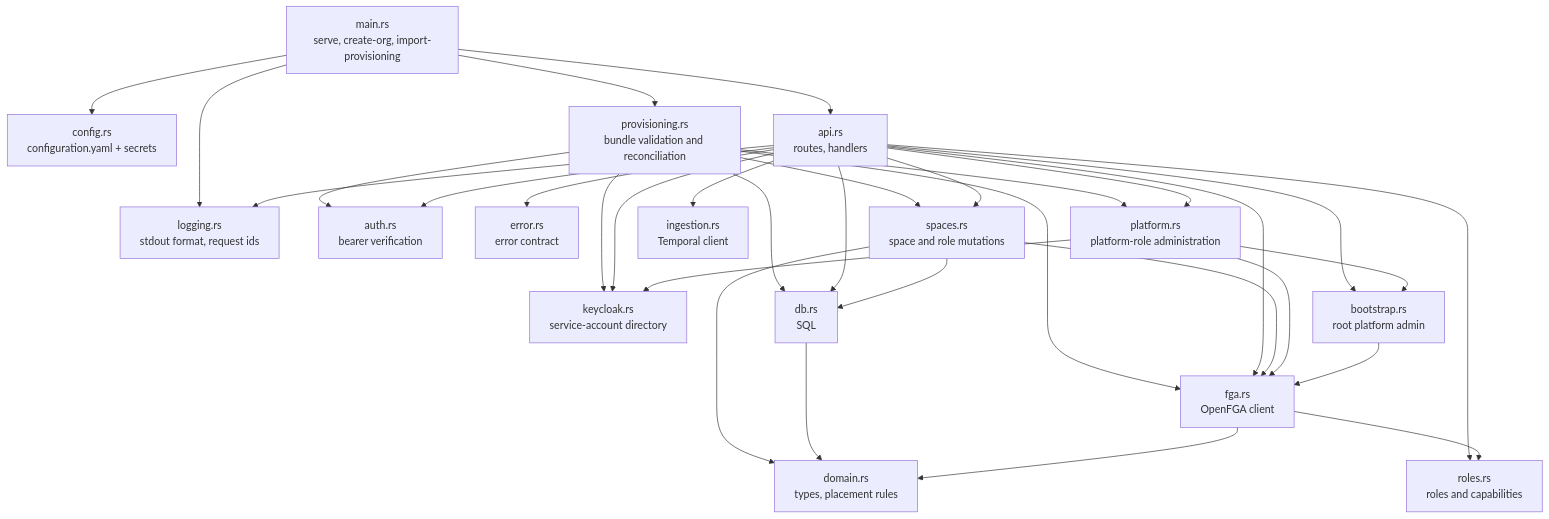
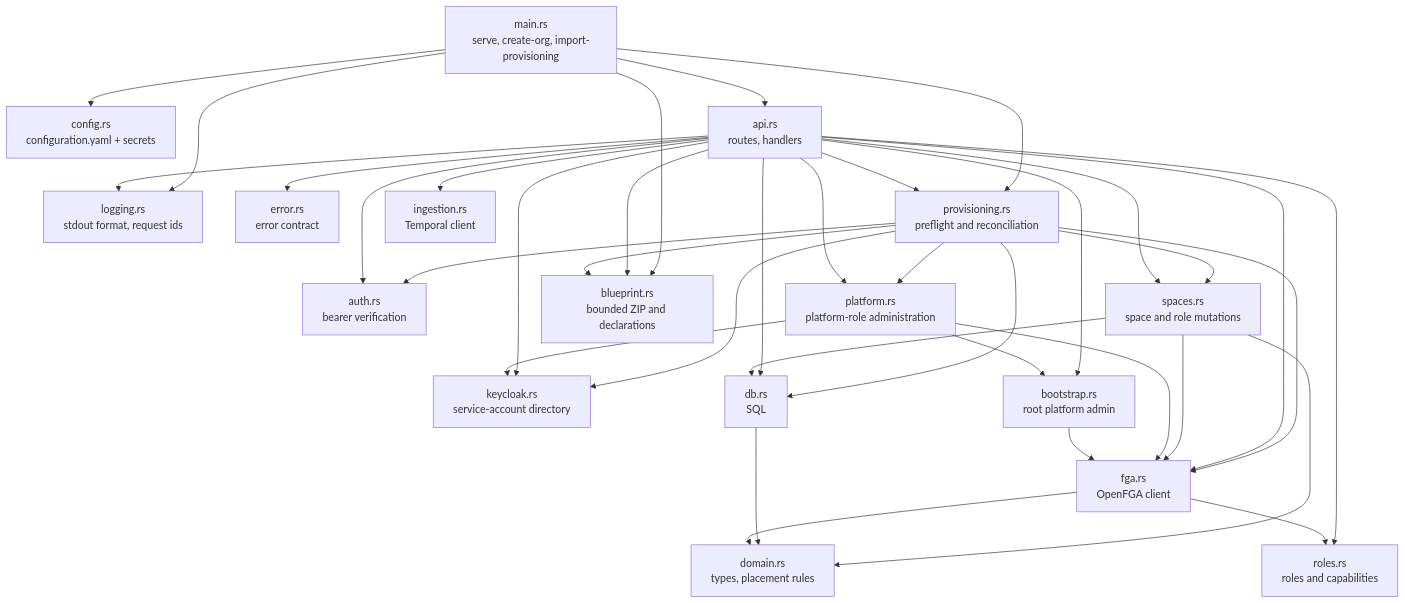
One commit to ThalesGroup/fred changed the diagram in docs/architecture/03-building-blocks.md. Above: the diagram before and after it, drawn with Mermaid. The commit also changed other lines of this file and 30 other files, not shown here.

````diff
--- a/docs/architecture/03-building-blocks.md
+++ b/docs/architecture/03-building-blocks.md
@@ -8,30 +8,33 @@
 ```mermaid
 flowchart TB
     main["main.rs<br/>serve, create-org, import-provisioning"]
     config["config.rs<br/>configuration.yaml + secrets"]
     logging["logging.rs<br/>stdout format, request ids"]
     api["api.rs<br/>routes, handlers"]
     auth["auth.rs<br/>bearer verification"]
     error["error.rs<br/>error contract"]
     spaces["spaces.rs<br/>space and role mutations"]
-    provisioning["provisioning.rs<br/>bundle validation and reconciliation"]
+    provisioning["provisioning.rs<br/>preflight and reconciliation"]
+    blueprint["blueprint.rs<br/>bounded ZIP and declarations"]
     platform["platform.rs<br/>platform-role administration"]
     roles["roles.rs<br/>roles and capabilities"]
     directory["keycloak.rs<br/>service-account directory"]
     bootstrap["bootstrap.rs<br/>root platform admin"]
     domain["domain.rs<br/>types, placement rules"]
     db["db.rs<br/>SQL"]
     fga["fga.rs<br/>OpenFGA client"]
     ingestion["ingestion.rs<br/>Temporal client"]
 
-    main --> config & logging & api & provisioning
+    main --> config & logging & api & provisioning & blueprint
+    api --> provisioning & blueprint
+    provisioning --> blueprint
     provisioning --> auth & platform & directory & db & fga & spaces
     api --> auth & error & spaces & bootstrap & db & fga & ingestion & logging
     spaces --> domain & db & fga
     api --> platform & roles & directory
     platform --> bootstrap & directory & fga
     fga --> roles
     bootstrap --> fga
     db --> domain
     fga --> domain
 ```
````
